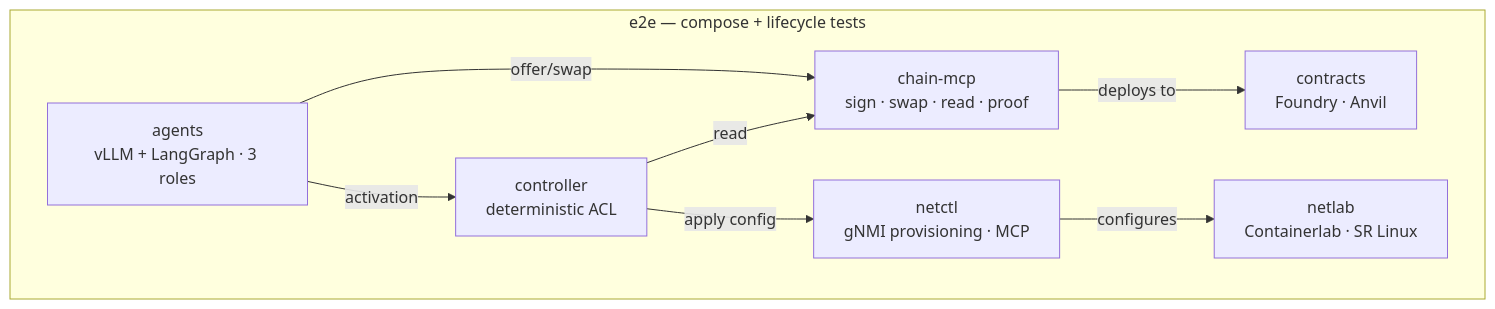
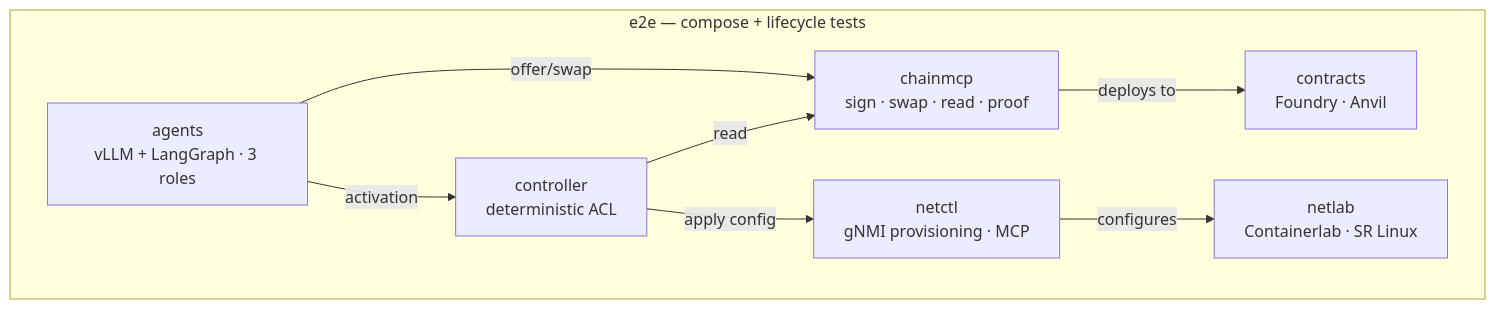
One commit to musel25/a2a-tokenized-provisioning changed the second of 2 diagrams in DESIGN.md. Above: the diagram before and after it, drawn with Mermaid. The commit also changed other lines of this file and 9 other files, not shown here.

````diff
--- a/DESIGN.md
+++ b/DESIGN.md
@@ -188,17 +188,17 @@
 ```mermaid
 flowchart TD
     subgraph e2e["e2e — compose + lifecycle tests"]
         A["agents<br/>vLLM + LangGraph · 3 roles"]
         T["controller<br/>deterministic ACL"]
-        M["chain-mcp<br/>sign · swap · read · proof"]
+        M["chainmcp<br/>sign · swap · read · proof"]
         NC["netctl<br/>gNMI provisioning · MCP"]
         K["contracts<br/>Foundry · Anvil"]
         NL["netlab<br/>Containerlab · SR Linux"]
         A -->|activation| T
         A -->|offer/swap| M
         T -->|read| M
         T -->|apply config| NC
         M -->|deploys to| K
         NC -->|configures| NL
     end
 ```
````
